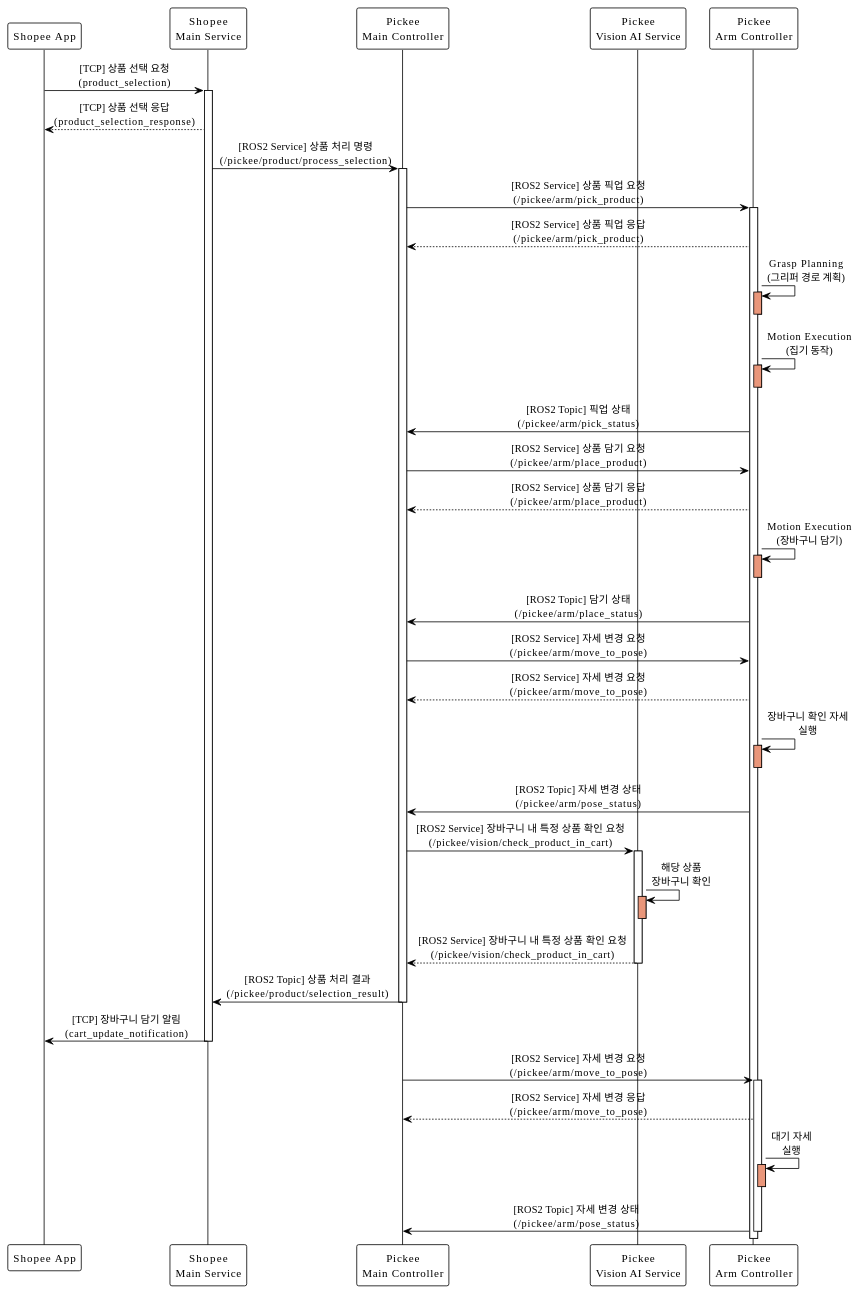
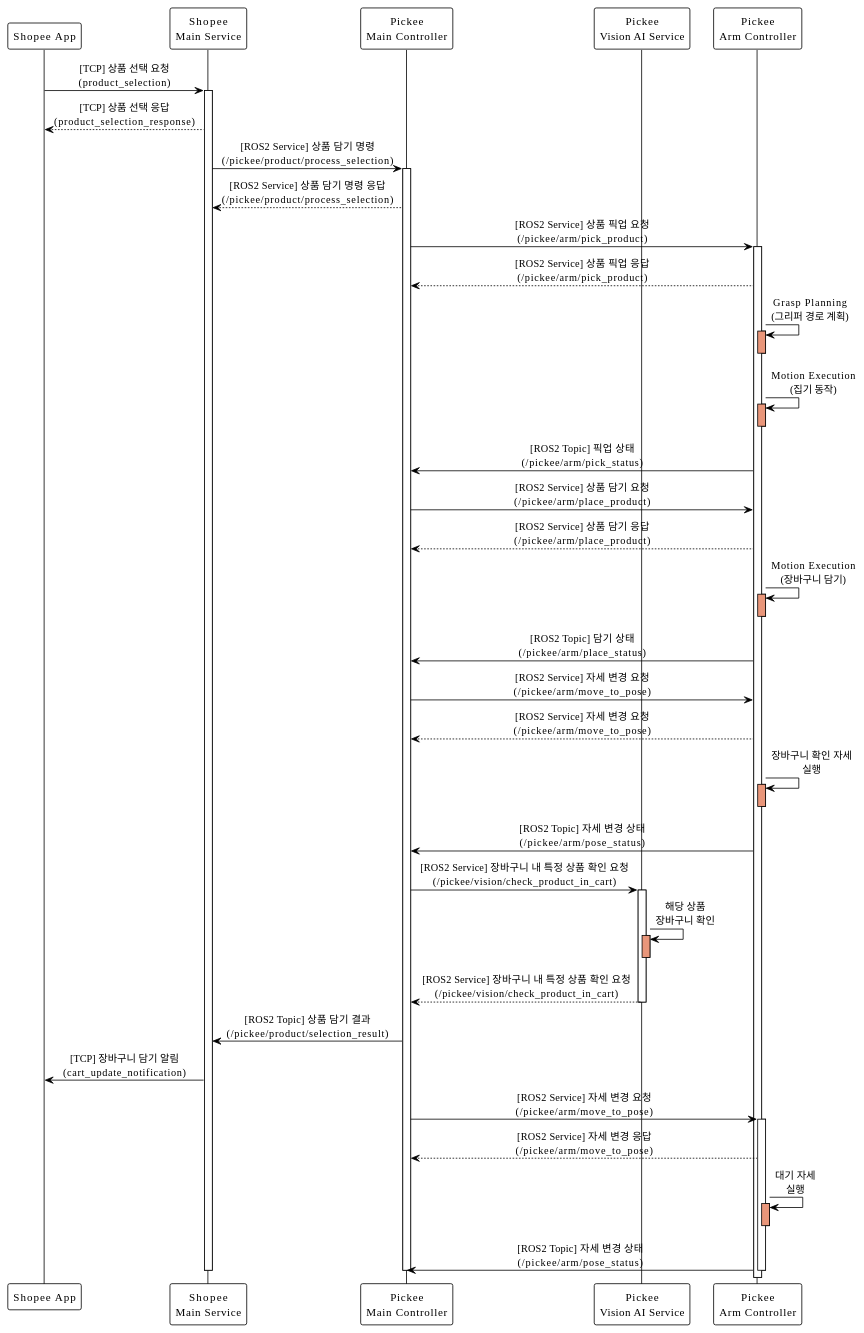
One commit to addinedu-roscamp-7th/roscamp-repo-1 changed the diagram in docs/SequenceDiagram/SC_02_4.md. Above: the diagram before and after it, drawn with PlantUML. The commit also changed 13 other files, not shown here.

```diff
--- a/docs/SequenceDiagram/SC_02_4.md
+++ b/docs/SequenceDiagram/SC_02_4.md
@@ -14,8 +14,10 @@
 
 main --> app: [TCP] 상품 선택 응답\n(product_selection_response)
 
-main -> pickee_main: [ROS2 Service] 상품 처리 명령\n(/pickee/product/process_selection)
+main -> pickee_main: [ROS2 Service] 상품 담기 명령\n(/pickee/product/process_selection)
 activate pickee_main
+
+pickee_main --> main: [ROS2 Service] 상품 담기 명령 응답\n(/pickee/product/process_selection)
 
 pickee_main -> pickee_arm: [ROS2 Service] 상품 픽업 요청\n(/pickee/arm/pick_product)
 activate pickee_arm
@@ -62,11 +64,9 @@
 vision --> pickee_main: [ROS2 Service] 장바구니 내 특정 상품 확인 요청\n(/pickee/vision/check_product_in_cart)
 deactivate vision
 
-pickee_main -> main: [ROS2 Topic] 상품 처리 결과\n(/pickee/product/selection_result)
-deactivate pickee_main
+pickee_main -> main: [ROS2 Topic] 상품 담기 결과\n(/pickee/product/selection_result)
 
 main -> app: [TCP] 장바구니 담기 알림\n(cart_update_notification)
-deactivate main
 
 pickee_main -> pickee_arm: [ROS2 Service] 자세 변경 요청\n(/pickee/arm/move_to_pose)
 activate pickee_arm
@@ -79,5 +79,7 @@
 
 pickee_arm -> pickee_main: [ROS2 Topic] 자세 변경 상태\n(/pickee/arm/pose_status)
 deactivate pickee_arm
+deactivate pickee_main
+deactivate main
 
 @enduml
```
